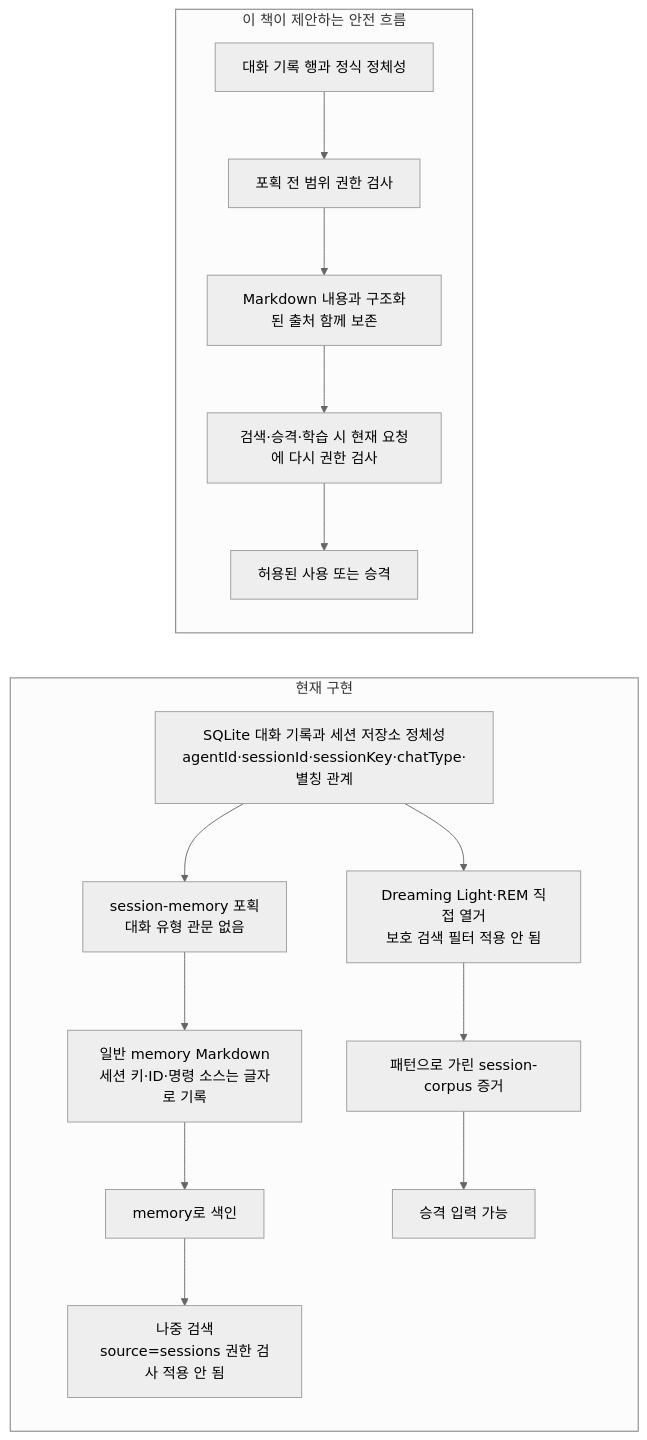
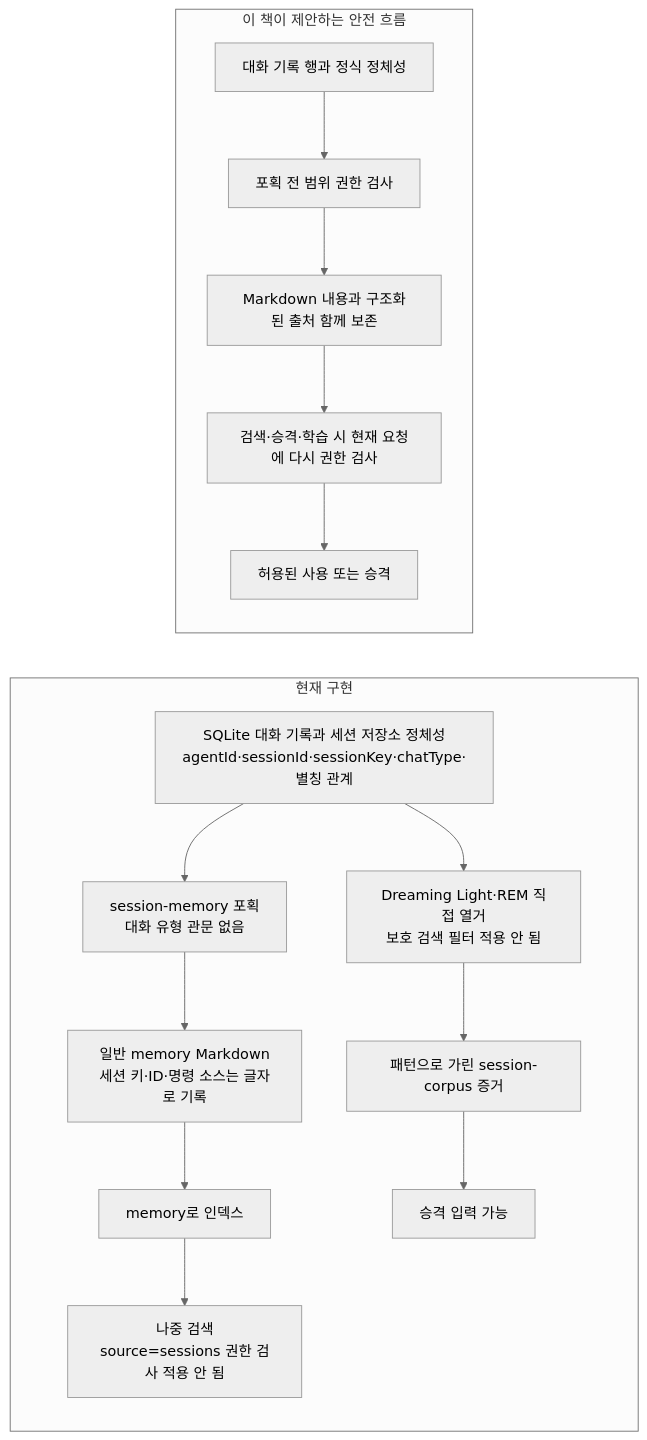
One commit to isingmodel/openclaw-memory-chronicle changed the diagram in openclaw-memory-ko/10-current-contract-gaps.md. Above: the diagram before and after it, drawn with Mermaid (neutral theme). The commit also changed other lines of this file and 17 other files, not shown here.

````diff
--- a/openclaw-memory-ko/10-current-contract-gaps.md
+++ b/openclaw-memory-ko/10-current-contract-gaps.md
@@ -81,20 +81,20 @@
 ```mermaid
 flowchart LR
     subgraph CURRENT[현재 구현]
         T1[SQLite 대화 기록과 세션 저장소 정체성<br/>agentId·sessionId·sessionKey·chatType·별칭 관계] --> H[session-memory 포획<br/>대화 유형 관문 없음]
         H --> N[일반 memory Markdown<br/>세션 키·ID·명령 소스는 글자로 기록]
-        N --> I[memory로 색인]
+        N --> I[memory로 인덱스]
         I --> R[나중 검색<br/>source=sessions 권한 검사 적용 안 됨]
 
         T1 --> D[Dreaming Light·REM 직접 열거<br/>보호 검색 필터 적용 안 됨]
         D --> E[패턴으로 가린 session-corpus 증거]
         E --> P[승격 입력 가능]
     end
 
     subgraph SAFE[이 책이 제안하는 안전 흐름]
         T2[대화 기록 행과 정식 정체성] --> A[포획 전 범위 권한 검사]
         A --> N2[Markdown 내용과 구조화된 출처 함께 보존]
         N2 --> A2[검색·승격·학습 시 현재 요청에 다시 권한 검사]
         A2 --> U[허용된 사용 또는 승격]
     end
 ```
````
